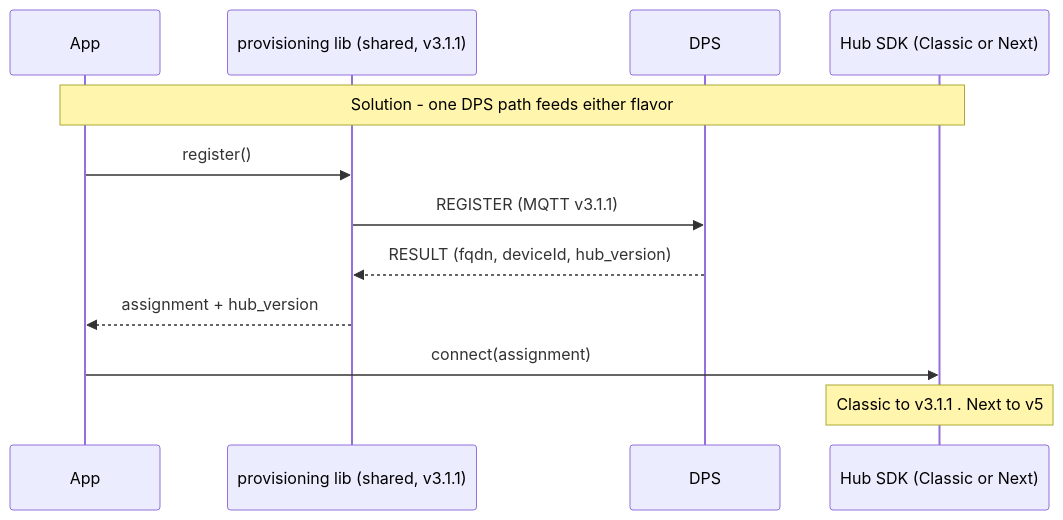
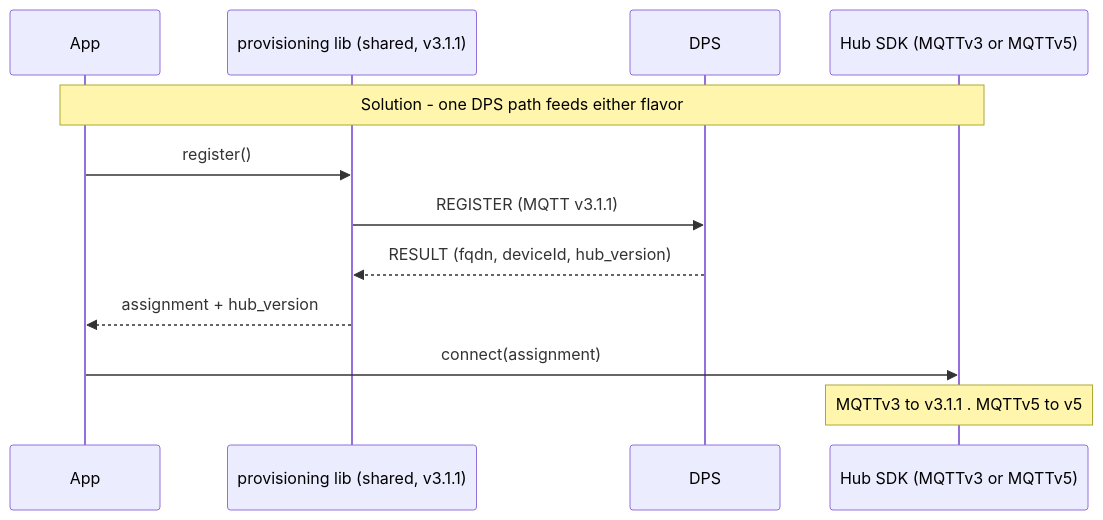
The fourth of 20 diagrams in c/docs/eng/split-client.md (Azure/azure-iot-sdk), drawn with Mermaid before and after one commit. The commit also changed other lines of this file and 99 other files, not shown here.

First line of the commit message:
[C] Rename Classic/Next/AEG to MQTTv3/MQTTv5 (#274)

````diff
--- a/c/docs/eng/split-client.md
+++ b/c/docs/eng/split-client.md
@@ -187,15 +187,15 @@
 ```mermaid
 sequenceDiagram
     participant App
     participant Prov as provisioning lib (shared, v3.1.1)
     participant DPS
-    participant Hub as Hub SDK (Classic or Next)
+    participant Hub as Hub SDK (MQTTv3 or MQTTv5)
 
     Note over App,Hub: Solution - one DPS path feeds either flavor
     App->>Prov: register()
     Prov->>DPS: REGISTER (MQTT v3.1.1)
     DPS-->>Prov: RESULT (fqdn, deviceId, hub_version)
     Prov-->>App: assignment + hub_version
     App->>Hub: connect(assignment)
-    Note over Hub: Classic to v3.1.1 . Next to v5
+    Note over Hub: MQTTv3 to v3.1.1 . MQTTv5 to v5
 ```
````
